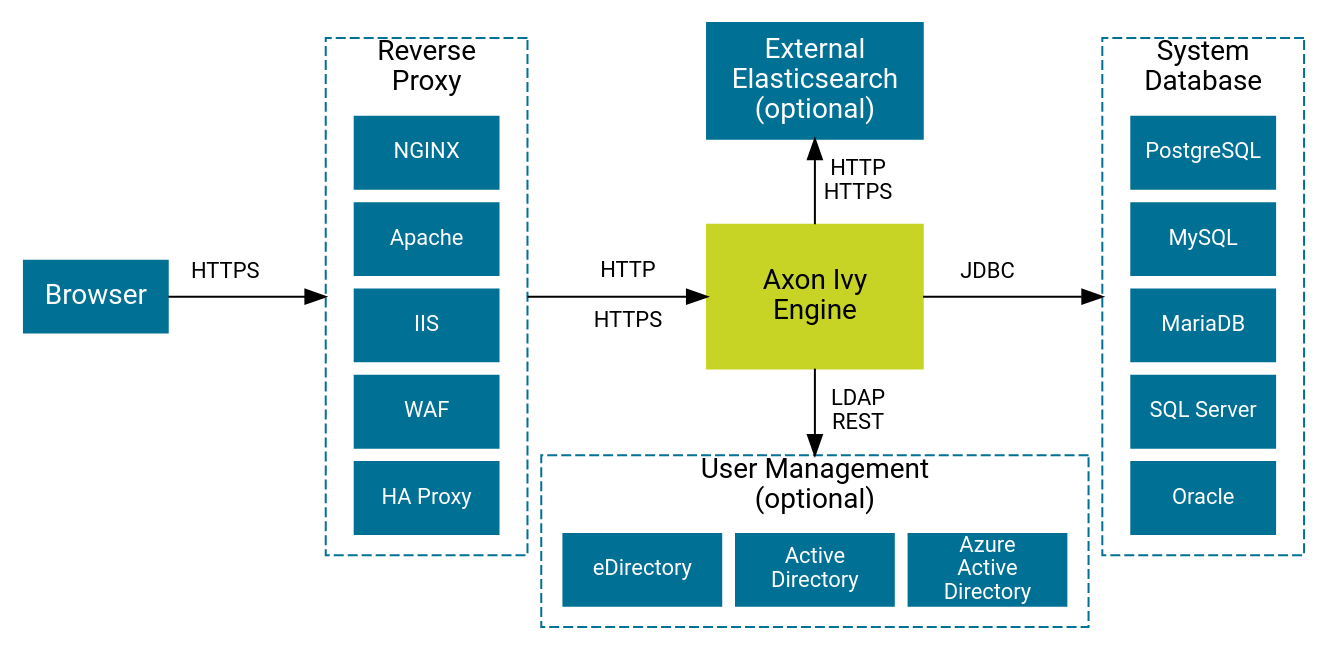
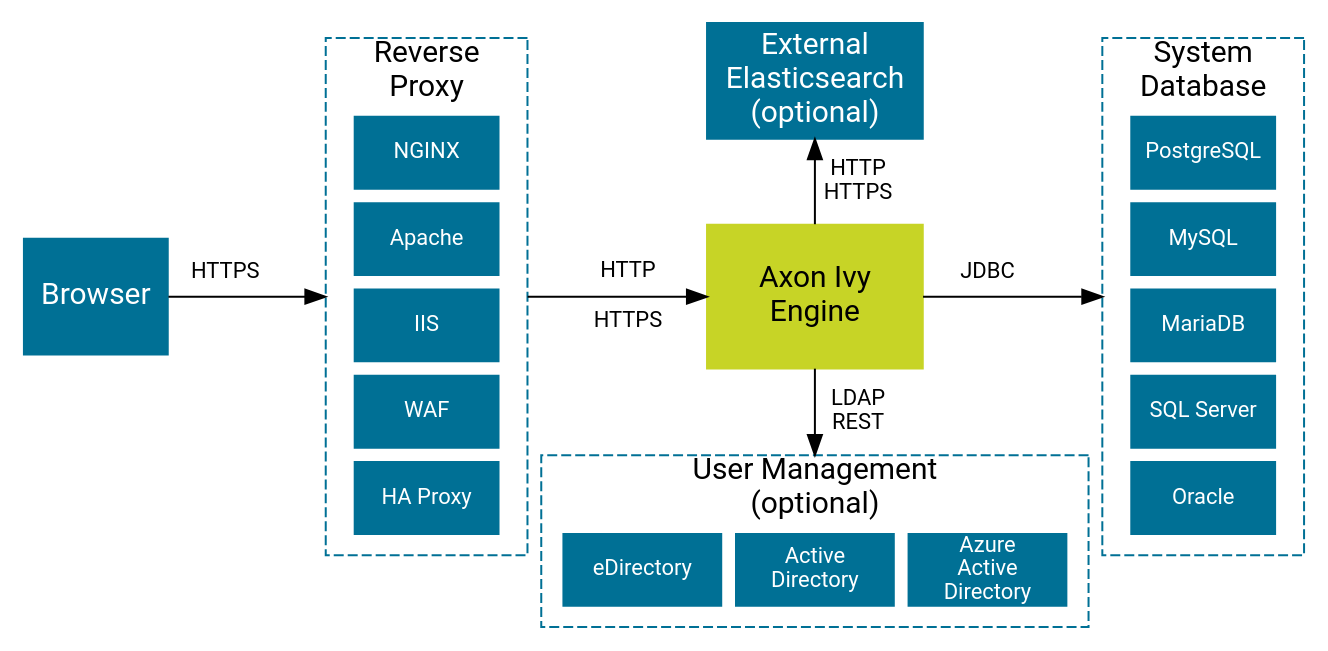
The diagram in source/engine-guide/integration/overview.dot (bernhardAxonIvy/doc), drawn with Graphviz before and after one commit.

Commit message:
XIVY-9327 standardized node presets to have true WYSIWYG, part 2

```diff
--- a/source/engine-guide/integration/overview.dot
+++ b/source/engine-guide/integration/overview.dot
@@ -1,45 +1,48 @@
 digraph overview {
   layout=neato;
-  node [shape=box, fontname="Roboto,Helvetica Neue,Arial,sans-serif", fontcolor="#FFFFFF", color="#007095", style=filled, fixedsize="true", margin=0]; 
+  
+  node [shape=box, height="0.8", width="2", color="#007095", style=filled, fixedsize="true", margin=0, 
+        fontname="Roboto,Helvetica Neue,Arial,sans-serif", fontcolor="white", fontsize=15
+       ]; 
   
   /* nodes */
   browser         [ label="Browser",                    pos="0.4,2.5!", width="1"];
 
   reverseProxy    [label="Reverse\nProxy",              pos="2.7,2.5!", height="3.6", width="1.4", style="dashed", fontcolor="black", labelloc="t"];
   frontendNginx   [label="NGINX",                       pos="2.7,3.5!", height="0.5", width="1.0", fontsize=11];
   frontendApache  [label="Apache",                      pos="2.7,2.9!", height="0.5", width="1.0", fontsize=11];
   frontendIIS     [label="IIS",                         pos="2.7,2.3!", height="0.5", width="1.0", fontsize=11];
   frontendWAF     [label="WAF",                         pos="2.7,1.7!", height="0.5", width="1.0", fontsize=11];
   frontendHA      [label="HA Proxy",                    pos="2.7,1.1!", height="0.5", width="1.0", fontsize=11];
  
   engine          [label="Axon Ivy\nEngine",            pos="5.4,2.5!", height="1.0", width="1.5", color="#C7D426", fontcolor="black"];
   
   userManagement  [label="User Management\n(optional)", pos="5.4,0.8!", height="1.2", width="3.8" style="dashed" fontcolor="black" labelloc="t"];
   eDirectory      [label="eDirectory",                  pos="4.2,0.6!", height="0.5", width="1.1", fontsize=11];
   activeDirectory [label="Active\nDirectory",           pos="5.4,0.6!", height="0.5", width="1.1", fontsize=11];
   azureAD         [label="Azure\nActive\nDirectory",    pos="6.6,0.6!", height="0.5", width="1.1", fontsize=11];
 
   systemdb        [label="System\nDatabase",            pos="8.1,2.5!", height="3.6", width="1.4", style="dashed" fontcolor="black" labelloc="t"]
   postgres        [label="PostgreSQL",                  pos="8.1,3.5!", height="0.5", width="1.0", fontsize=11]
   mysql           [label="MySQL",                       pos="8.1,2.9!", height="0.5", width="1.0", fontsize=11]
   mariadb         [label="MariaDB",                     pos="8.1,2.3!", height="0.5", width="1.0", fontsize=11]
   mssql           [label="SQL Server",                  pos="8.1,1.7!", height="0.5", width="1.0", fontsize=11]
   oracle          [label="Oracle",                      pos="8.1,1.1!", height="0.5", width="1.0", fontsize=11]
 
   elasticsearch [ label="External\nElasticsearch\n(optional)", pos="5.4,4.0!", height="0.8" width="1.5"]
 
   /* edges */
   browser -> reverseProxy;
   reverseProxy -> engine;
   engine -> userManagement;
   engine -> systemdb;
   engine -> elasticsearch;
 
    /* edge labels */  
   browser_reverseProxy [ label="HTTPS\n \n ",  pos = "1.3,2.5!", shape=none, fillcolor=none, fontcolor=black, fontsize=11];
   reverseProxy_engine [ label="HTTP\n\nHTTPS", pos = "4.1,2.5!", shape=none, fillcolor=none, fontcolor=black, fontsize=11];
   engine_userManagement [ label="LDAP\nREST",  pos = "5.7,1.7!", shape=none, fillcolor=none, fontcolor=black, fontsize=11];
   engine_systemdb [ label="JDBC\n \n ",        pos = "6.6,2.5!", shape=none, fillcolor=none, fontcolor=black, fontsize=11];
   engine_elasticsearch [label="HTTP\nHTTPS",   pos = "5.7,3.3!", shape=none, fillcolor=none, fontcolor=black, fontsize=11];
   
 }
```
